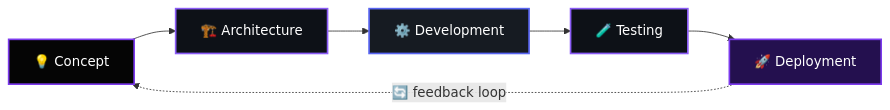
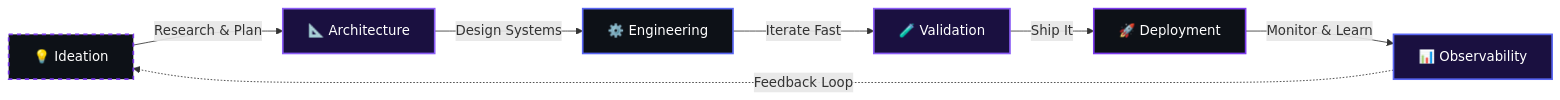
The diagram in README.md (TripleN-Og/TripleN), drawn with Mermaid before and after one commit. The commit also changed other lines of this file, not shown here.

````diff
--- a/README.md
+++ b/README.md
@@ -68,14 +118,16 @@
 ```mermaid
 flowchart LR
-    A["💡 Concept"] --> B["🏗️ Architecture"]
-    B --> C["⚙️ Development"]
-    C --> D["🧪 Testing"]
-    D --> E["🚀 Deployment"]
-    E -.->|"🔄 feedback loop"| A
+    A["💡 Ideation"] -->|"Research & Plan"| B["📐 Architecture"]
+    B -->|"Design Systems"| C["⚙️ Engineering"]
+    C -->|"Iterate Fast"| D["🧪 Validation"]
+    D -->|"Ship It"| E["🚀 Deployment"]
+    E -->|"Monitor & Learn"| F["📊 Observability"]
+    F -.->|"Feedback Loop"| A
 
-    style A fill:#050505,stroke:#7C3AED,color:#fff,stroke-width:2px
-    style B fill:#0D1117,stroke:#8B5CF6,color:#fff,stroke-width:2px
-    style C fill:#161B22,stroke:#5865F2,color:#fff,stroke-width:2px
-    style D fill:#0D1117,stroke:#8B5CF6,color:#fff,stroke-width:2px
-    style E fill:#24104F,stroke:#7C3AED,color:#fff,stroke-width:2px
+    style A fill:#0D1117,stroke:#7C3AED,color:#fff,stroke-width:2px,stroke-dasharray: 5 5
+    style B fill:#1a1040,stroke:#8B5CF6,color:#fff,stroke-width:2px
+    style C fill:#0D1117,stroke:#5865F2,color:#fff,stroke-width:2px
+    style D fill:#1a1040,stroke:#8B5CF6,color:#fff,stroke-width:2px
+    style E fill:#0D1117,stroke:#7C3AED,color:#fff,stroke-width:2px
+    style F fill:#1a1040,stroke:#5865F2,color:#fff,stroke-width:2px
 ```
````
